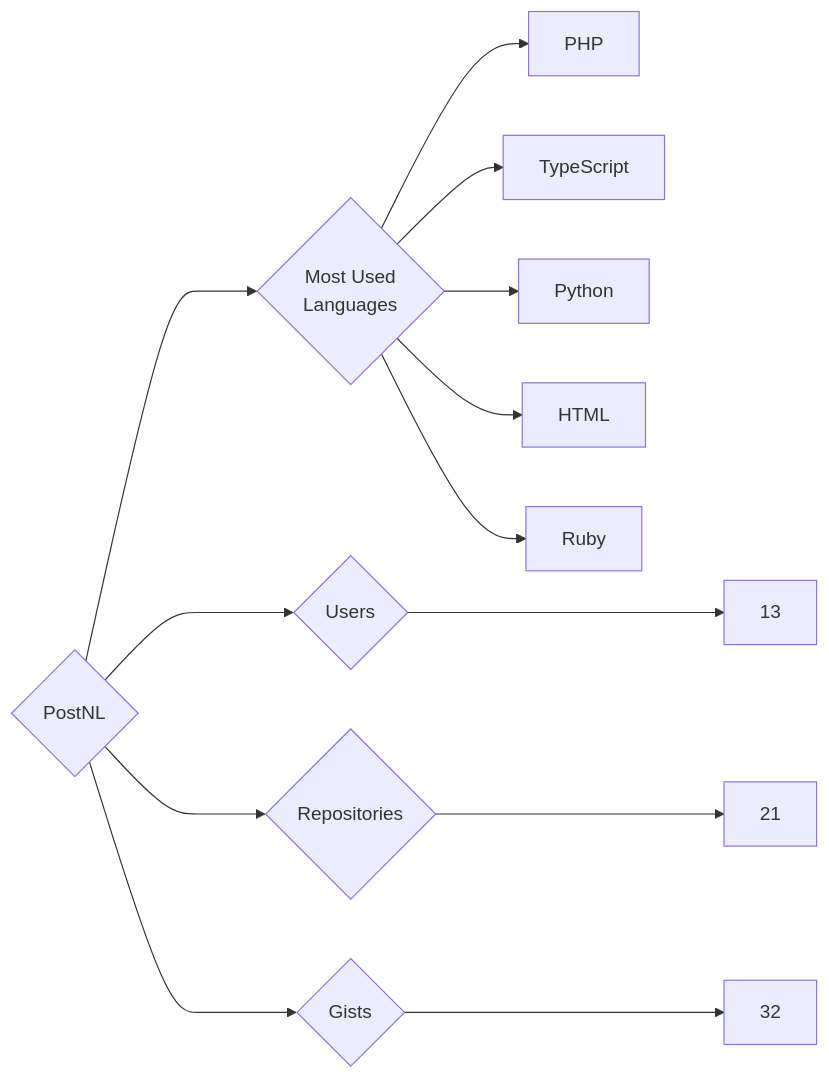
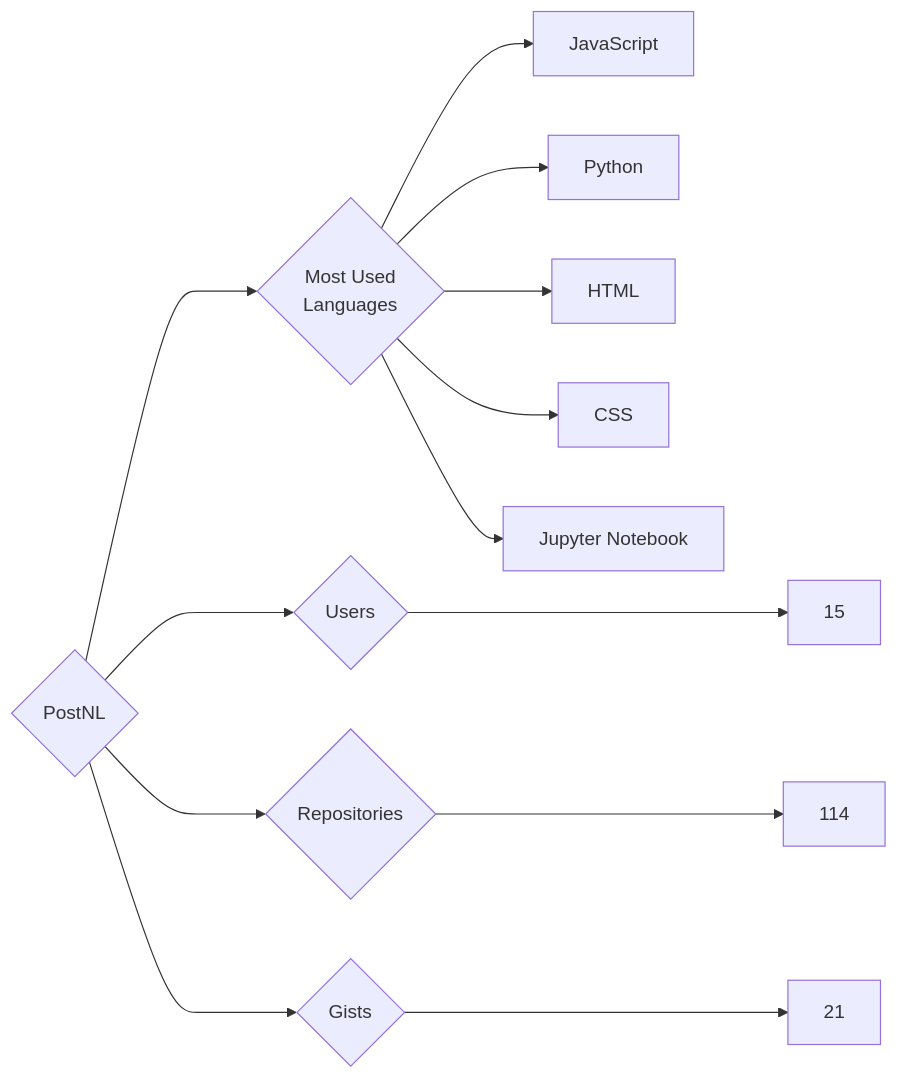
One commit to trickest/insiders changed the diagram in targets/PostNL/README.md. Above: the diagram before and after it, drawn with Mermaid. The commit also changed 796 other files, not shown here.

````diff
--- a/targets/PostNL/README.md
+++ b/targets/PostNL/README.md
@@ -3,13 +3,13 @@
 ```mermaid
 graph LR
 COMPANY_NAME{PostNL}
-COMPANY_NAME ---> U{Users} ---> UN[13]
-COMPANY_NAME ---> R{Repositories} ---> RN[21]
-COMPANY_NAME ---> G{Gists} ---> GN[32]
+COMPANY_NAME ---> U{Users} ---> UN[15]
+COMPANY_NAME ---> R{Repositories} ---> RN[114]
+COMPANY_NAME ---> G{Gists} ---> GN[21]
 COMPANY_NAME ---> ML{Most Used<br>Languages}
-ML --> PHP[PHP]
-ML --> TypeScript[TypeScript]
+ML --> JavaScript[JavaScript]
 ML --> Python[Python]
 ML --> HTML[HTML]
-ML --> Ruby[Ruby]
+ML --> CSS[CSS]
+ML --> Jupyter_Notebook[Jupyter Notebook]
 ```
````
